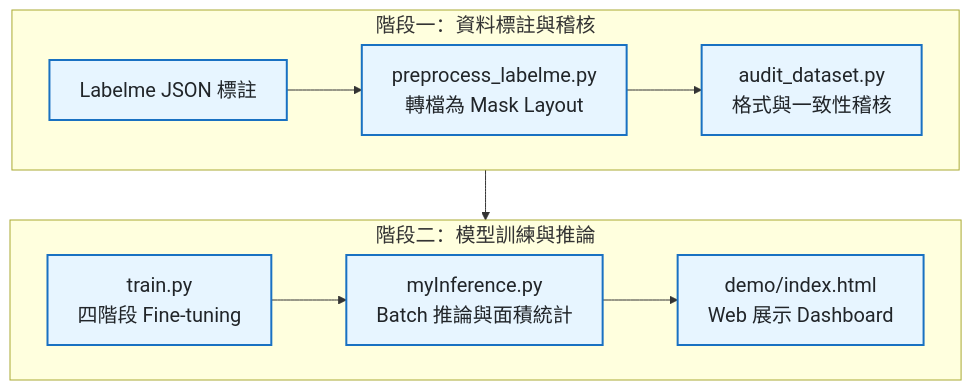
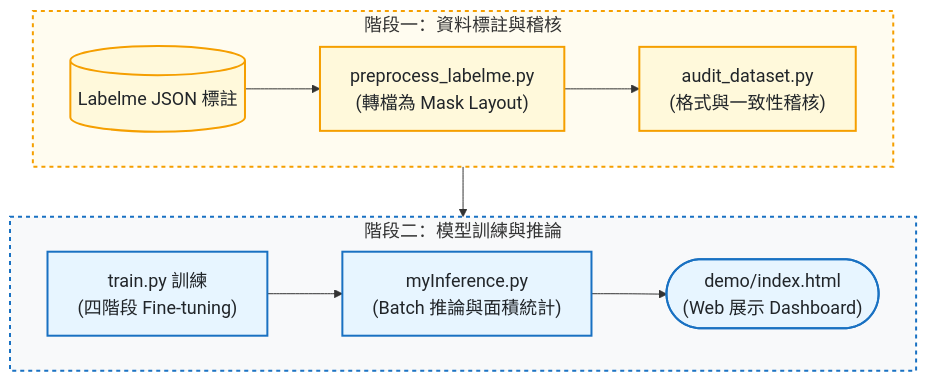
The diagram in README.md (kuotunyu/mask-rcnn-road), drawn with Mermaid before and after one commit.

Commit message:
docs: apply high-end card container styles and semantic node shapes to workflow flowchart

````diff
--- a/README.md
+++ b/README.md
@@ -28,18 +28,23 @@
 ```mermaid
-%%{init: {'themeVariables': {'fontSize': '20px'}}}%%
+%%{init: {'themeVariables': {'fontSize': '18px'}}}%%
 flowchart TD
     subgraph Stage1 ["階段一：資料標註與稽核"]
         direction LR
-        S1["Labelme JSON 標註"] --> S2["preprocess_labelme.py<br/>轉檔為 Mask Layout"] --> S3["audit_dataset.py<br/>格式與一致性稽核"]
+        S1[("Labelme JSON 標註")] --> S2["preprocess_labelme.py<br/>(轉檔為 Mask Layout)"] --> S3["audit_dataset.py<br/>(格式與一致性稽核)"]
     end
 
     subgraph Stage2 ["階段二：模型訓練與推論"]
         direction LR
-        S4["train.py<br/>四階段 Fine-tuning"] --> S5["myInference.py<br/>Batch 推論與面積統計"] --> S6["demo/index.html<br/>Web 展示 Dashboard"]
+        S4["train.py 訓練<br/>(四階段 Fine-tuning)"] --> S5["myInference.py<br/>(Batch 推論與面積統計)"] --> S6(["demo/index.html<br/>(Web 展示 Dashboard)"])
     end
 
     Stage1 --> Stage2
 
+    classDef prepStyle fill:#fff9db,stroke:#f59f00,stroke-width:2px,color:#212529
     classDef stageStyle fill:#e7f5ff,stroke:#1971c2,stroke-width:2px,color:#212529
-    class S1,S2,S3,S4,S5,S6 stageStyle
+    class S1,S2,S3 prepStyle
+    class S4,S5,S6 stageStyle
+
+    style Stage1 fill:#fffcf0,stroke:#f59f00,stroke-width:2px,stroke-dasharray: 4 4
+    style Stage2 fill:#f8f9fa,stroke:#1971c2,stroke-width:2px,stroke-dasharray: 4 4
 ```
````
